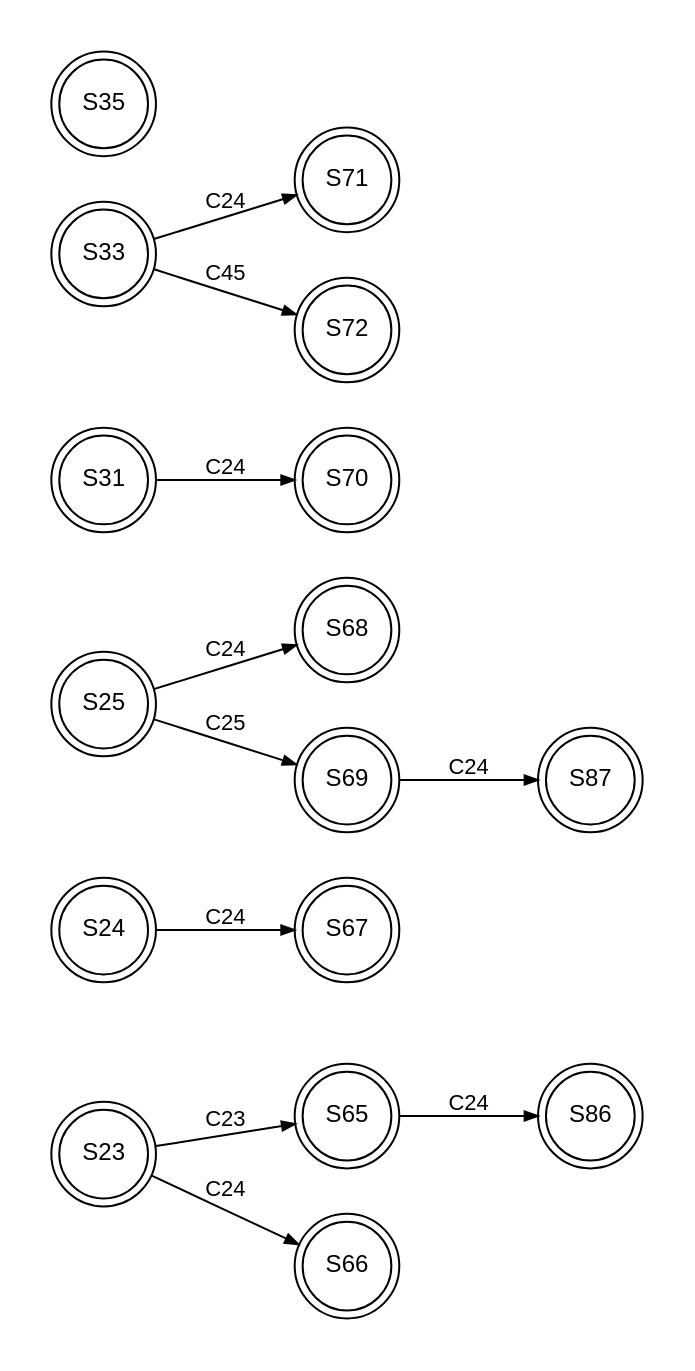
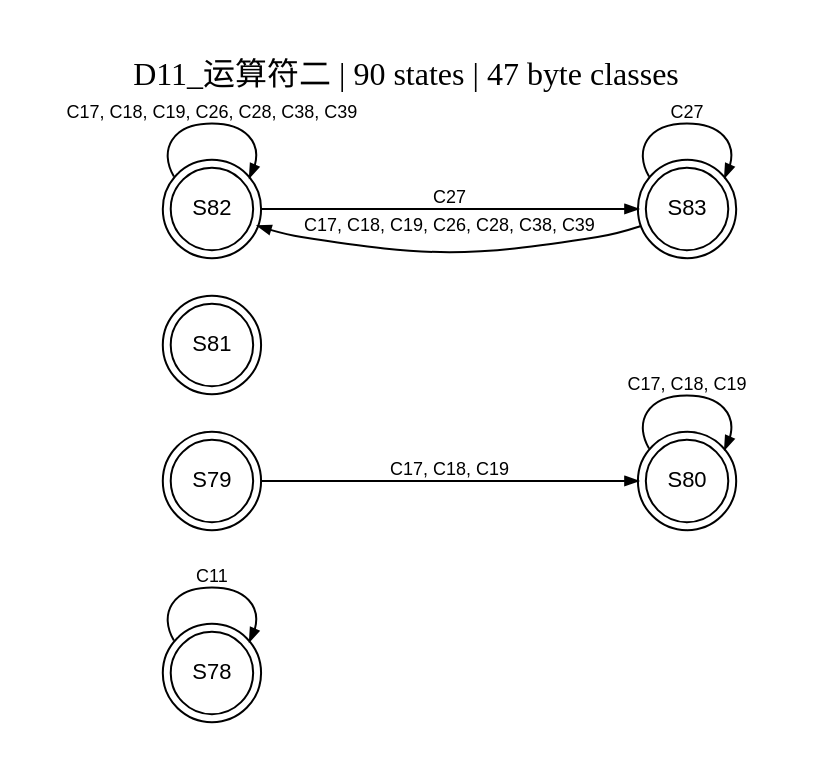
Before and after one commit to EternalLonging/AAACompilerDevelopment: the diagram in 实验设计/LL1与图示/矢量图/D11_运算符二.dot, drawn with Graphviz. The commit also changed 86 other files, not shown here.

```diff
--- a/实验设计/LL1与图示/矢量图/D11_运算符二.dot
+++ b/实验设计/LL1与图示/矢量图/D11_运算符二.dot
@@ -1,27 +1,20 @@
-digraph G { graph [rankdir=LR, bgcolor="white", nodesep=0.3, ranksep=0.65, pad=0.25]; node [fontname="Arial", fontsize=12, shape=circle, width=0.55]; edge [fontname="Arial", fontsize=11, arrowsize=0.65];n23 [label="S23",shape=doublecircle,style=solid];
-n24 [label="S24",shape=doublecircle,style=solid];
-n25 [label="S25",shape=doublecircle,style=solid];
-n31 [label="S31",shape=doublecircle,style=solid];
-n33 [label="S33",shape=doublecircle,style=solid];
-n35 [label="S35",shape=doublecircle,style=solid];
-n65 [label="S65",shape=doublecircle,style=solid];
-n66 [label="S66",shape=doublecircle,style=solid];
-n67 [label="S67",shape=doublecircle,style=solid];
-n68 [label="S68",shape=doublecircle,style=solid];
-n69 [label="S69",shape=doublecircle,style=solid];
-n70 [label="S70",shape=doublecircle,style=solid];
-n71 [label="S71",shape=doublecircle,style=solid];
-n72 [label="S72",shape=doublecircle,style=solid];
-n86 [label="S86",shape=doublecircle,style=solid];
-n87 [label="S87",shape=doublecircle,style=solid];
-n23 -> n65 [label="C23"];
-n23 -> n66 [label="C24"];
-n24 -> n67 [label="C24"];
-n25 -> n68 [label="C24"];
-n25 -> n69 [label="C25"];
-n31 -> n70 [label="C24"];
-n33 -> n71 [label="C24"];
-n33 -> n72 [label="C45"];
-n65 -> n86 [label="C24"];
-n69 -> n87 [label="C24"];
+digraph G {
+  graph [rankdir=LR, bgcolor="white", nodesep=0.25, ranksep=0.55, pad=0.25];
+  node [fontname="Arial", fontsize=11, shape=circle, width=0.55];
+  edge [fontname="Arial", fontsize=9, arrowsize=0.6];
+  label="D11_运算符二 | 90 states | 47 byte classes";
+  labelloc="t"; fontsize=16;
+  n78 [label="S78", shape=doublecircle];
+  n79 [label="S79", shape=doublecircle];
+  n80 [label="S80", shape=doublecircle];
+  n81 [label="S81", shape=doublecircle];
+  n82 [label="S82", shape=doublecircle];
+  n83 [label="S83", shape=doublecircle];
+  n78 -> n78 [label="C11"];
+  n79 -> n80 [label="C17, C18, C19"];
+  n80 -> n80 [label="C17, C18, C19"];
+  n82 -> n82 [label="C17, C18, C19, C26, C28, C38, C39"];
+  n82 -> n83 [label="C27"];
+  n83 -> n82 [label="C17, C18, C19, C26, C28, C38, C39"];
+  n83 -> n83 [label="C27"];
 }
```
